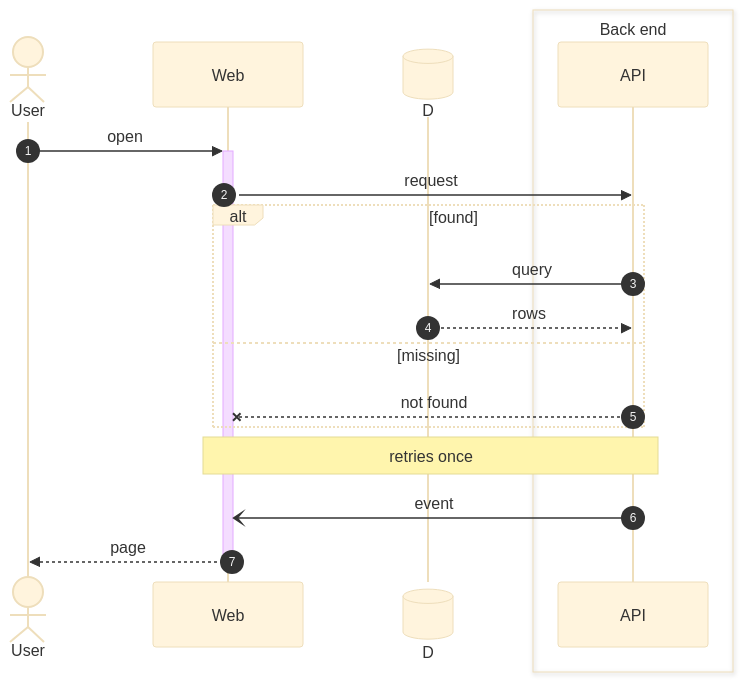
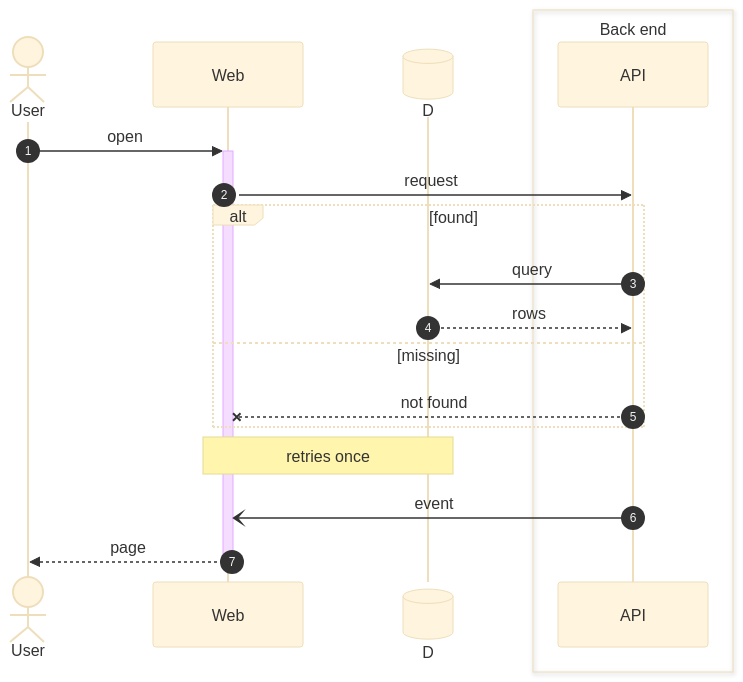
Before and after one commit to mermaid-js/mermaid-v13: the diagram in e2e/diagrams/sequence/baseline/themes/base.mmd, drawn with Mermaid. The commit also changed 49 other files, not shown here.

First line of the commit message:
feat(sequence): #145 integrate sequence into mermaid (manifest, registry, config)

```diff
--- a/e2e/diagrams/sequence/baseline/themes/base.mmd
+++ b/e2e/diagrams/sequence/baseline/themes/base.mmd
@@ -1,24 +1,24 @@
 ---
 config:
   theme: base
 description: one representative sequence diagram in the base theme
 ---
 sequenceDiagram
   autonumber
   actor U as User
   participant W as Web
   participant D@{ "type": "database" }
   box Back end
     participant A as API
   end
   U->>+W: open
   W->>A: request
   alt found
     A->>D: query
     D-->>A: rows
   else missing
     A--xW: not found
   end
-  note over W,A: retries once
+  note over W,D: retries once
   A-)W: event
   W-->>-U: page
```
